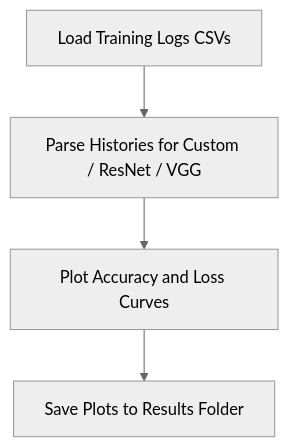
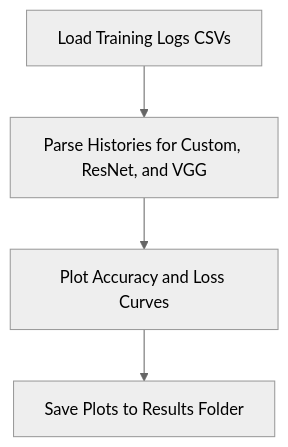
One commit to aa57c/Deep_Learning_Experiments changed the second of 3 diagrams in Experiment2/README.md. Above: the diagram before and after it, drawn with Mermaid (neutral theme).

````diff
--- a/Experiment2/README.md
+++ b/Experiment2/README.md
@@ -37,6 +37,6 @@
 ```mermaid
 flowchart TD
-    A[Load Training Logs CSVs] --> B[Parse Histories for Custom / ResNet / VGG]
+    A[Load Training Logs CSVs] --> B[Parse Histories for Custom, ResNet, and VGG]
     B --> C[Plot Accuracy and Loss Curves]
     C --> D[Save Plots to Results Folder]
 ```
````
